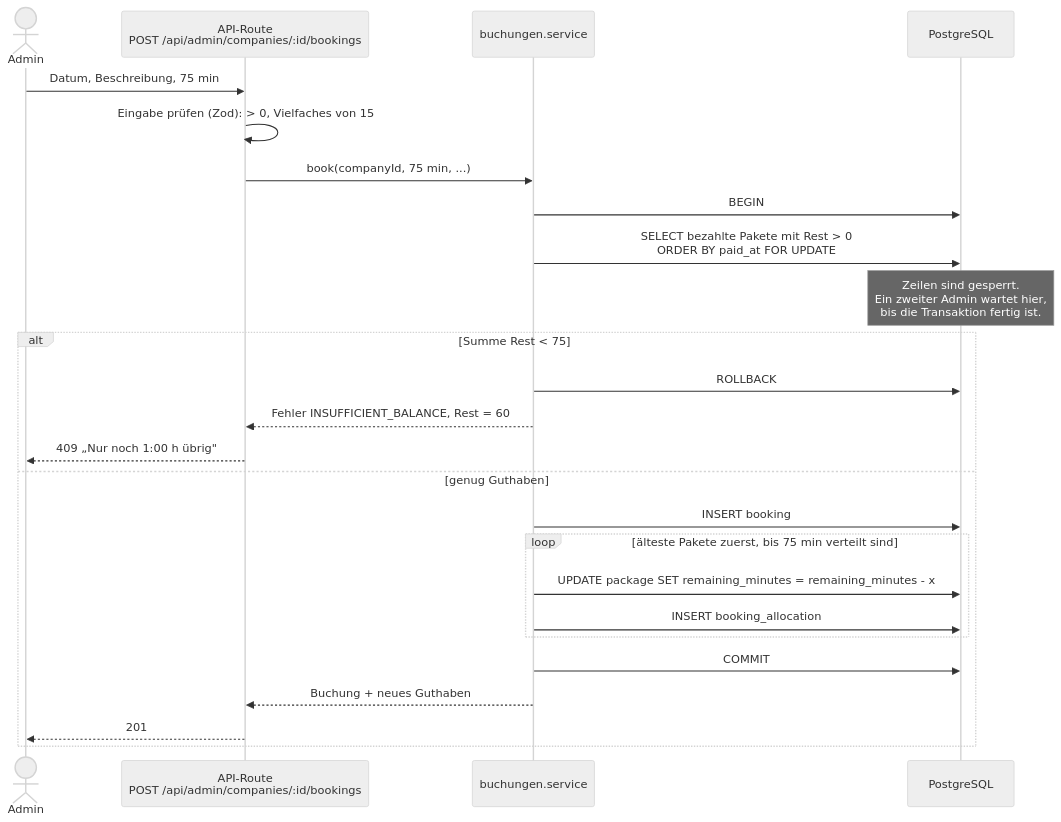
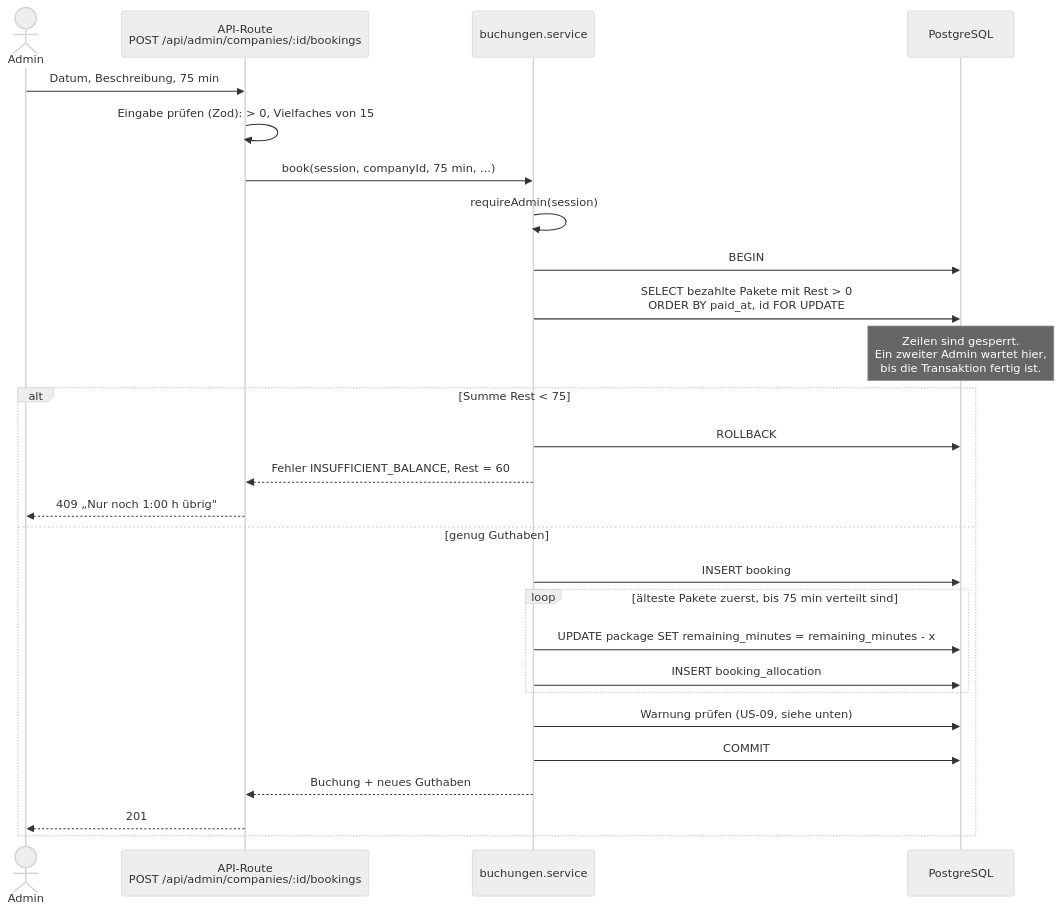
One commit to se26m047/prepaidhours changed the sixth of 6 diagrams in docs/architecture.md. Above: the diagram before and after it, drawn with Mermaid (neutral theme). The commit also changed other lines of this file and 6 other files, not shown here.

First line of the commit message:
docs: apply Phase 2 architecture review findings

````diff
--- a/docs/architecture.md
+++ b/docs/architecture.md
@@ -225,28 +265,30 @@
 ```mermaid
 sequenceDiagram
     actor Admin
     participant API as API-Route<br/>POST /api/admin/companies/:id/bookings
     participant S as buchungen.service
     participant DB as PostgreSQL
 
     Admin->>API: Datum, Beschreibung, 75 min
     API->>API: Eingabe prüfen (Zod): > 0, Vielfaches von 15
-    API->>S: book(companyId, 75 min, ...)
+    API->>S: book(session, companyId, 75 min, ...)
+    S->>S: requireAdmin(session)
     S->>DB: BEGIN
-    S->>DB: SELECT bezahlte Pakete mit Rest > 0<br/>ORDER BY paid_at FOR UPDATE
+    S->>DB: SELECT bezahlte Pakete mit Rest > 0<br/>ORDER BY paid_at, id FOR UPDATE
     Note over DB: Zeilen sind gesperrt.<br/>Ein zweiter Admin wartet hier,<br/>bis die Transaktion fertig ist.
     alt Summe Rest < 75
         S->>DB: ROLLBACK
         S-->>API: Fehler INSUFFICIENT_BALANCE, Rest = 60
         API-->>Admin: 409 „Nur noch 1:00 h übrig"
     else genug Guthaben
         S->>DB: INSERT booking
         loop älteste Pakete zuerst, bis 75 min verteilt sind
             S->>DB: UPDATE package SET remaining_minutes = remaining_minutes - x
             S->>DB: INSERT booking_allocation
         end
+        S->>DB: Warnung prüfen (US-09, siehe unten)
         S->>DB: COMMIT
         S-->>API: Buchung + neues Guthaben
         API-->>Admin: 201
     end
 ```
````
